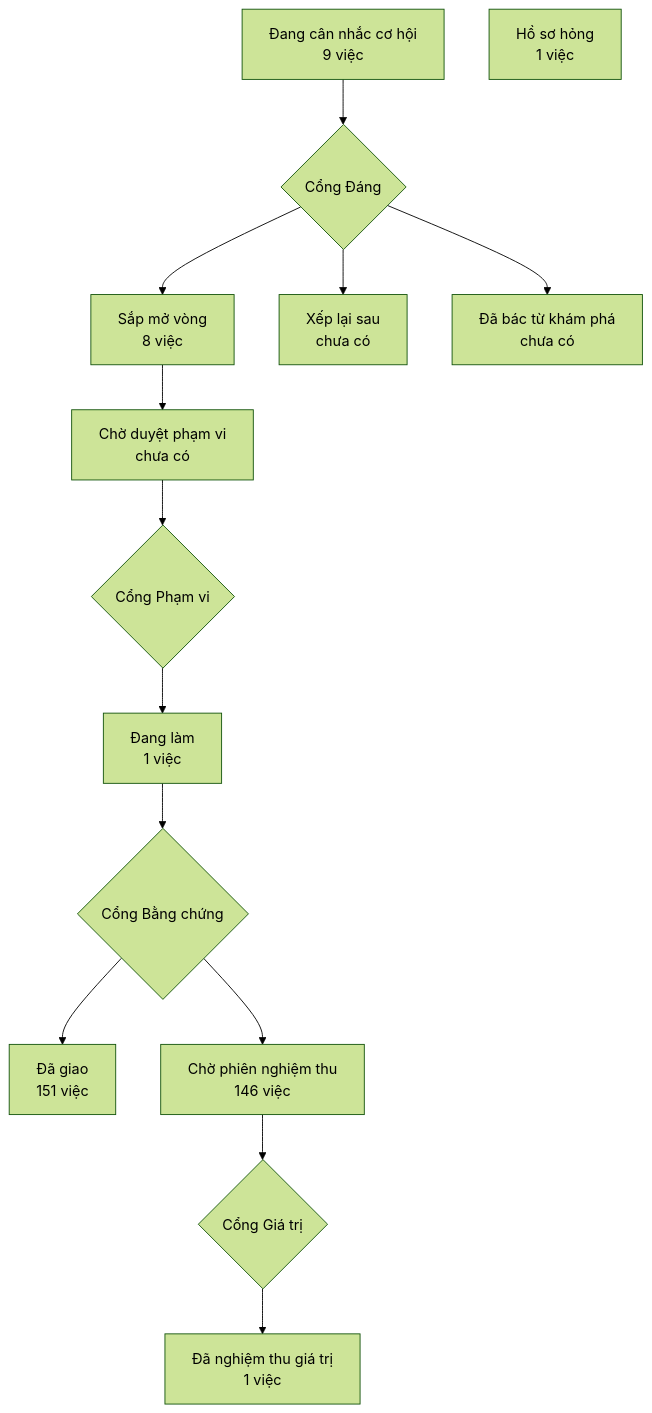
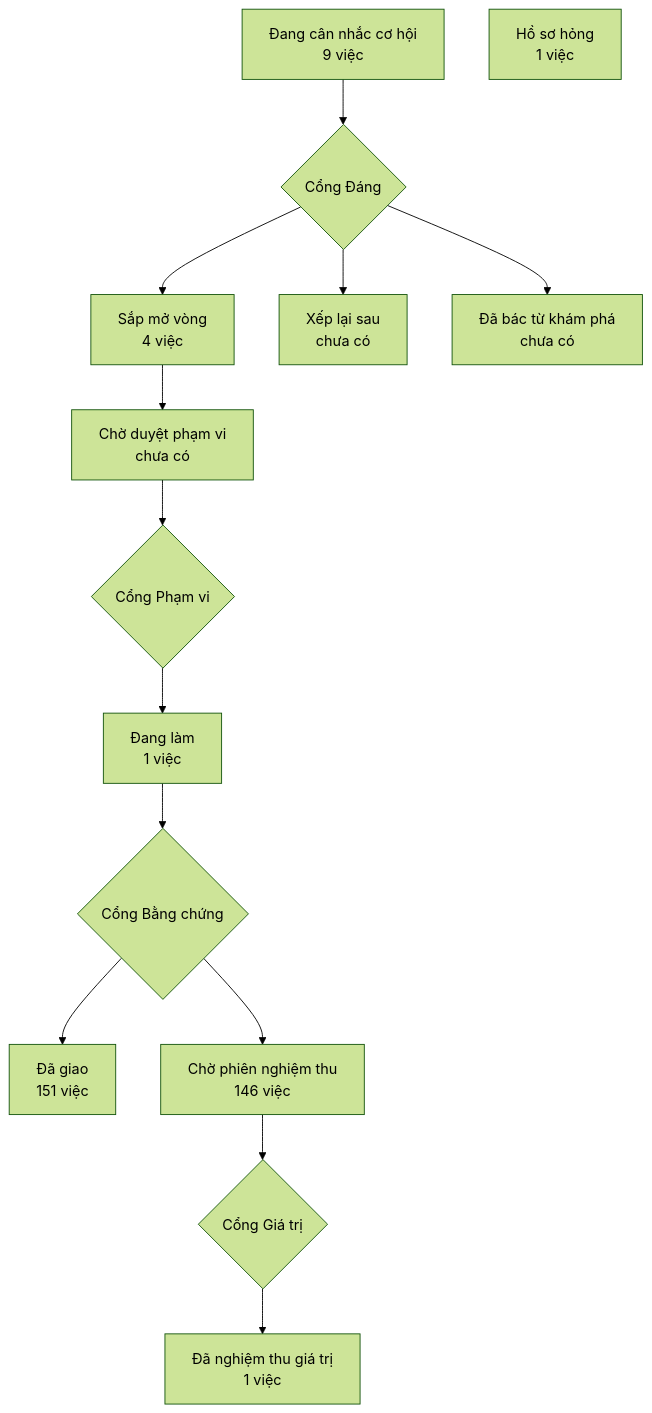
Before and after one commit to phanlemanh/crm-onehub: the diagram in PRODUCT-MAP.md, drawn with Mermaid (forest theme). The commit also changed other lines of this file and 1 other file, not shown here.

````diff
--- a/PRODUCT-MAP.md
+++ b/PRODUCT-MAP.md
@@ -7,13 +7,13 @@
 ```mermaid
 flowchart TD
   A["Đang cân nhắc cơ hội<br/>9 việc"] --> GD{"Cổng Đáng"}
-  GD --> B["Sắp mở vòng<br/>8 việc"]
+  GD --> B["Sắp mở vòng<br/>4 việc"]
   GD --> XL["Xếp lại sau<br/>chưa có"]
   GD --> DB["Đã bác từ khám phá<br/>chưa có"]
   B --> CD["Chờ duyệt phạm vi<br/>chưa có"] --> GP{"Cổng Phạm vi"}
   GP --> DL["Đang làm<br/>1 việc"] --> GB{"Cổng Bằng chứng"}
   GB --> DG["Đã giao<br/>151 việc"]
   GB --> CN["Chờ phiên nghiệm thu<br/>146 việc"] --> GG{"Cổng Giá trị"}
   GG --> NT["Đã nghiệm thu giá trị<br/>1 việc"]
   HS["Hồ sơ hỏng<br/>1 việc"]
 ```
````
